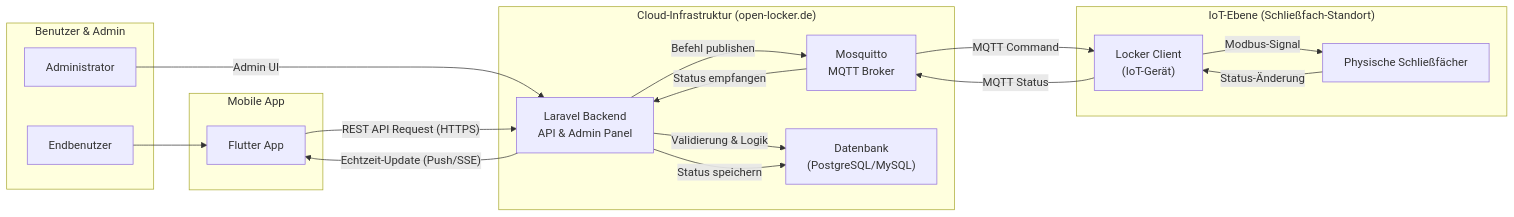
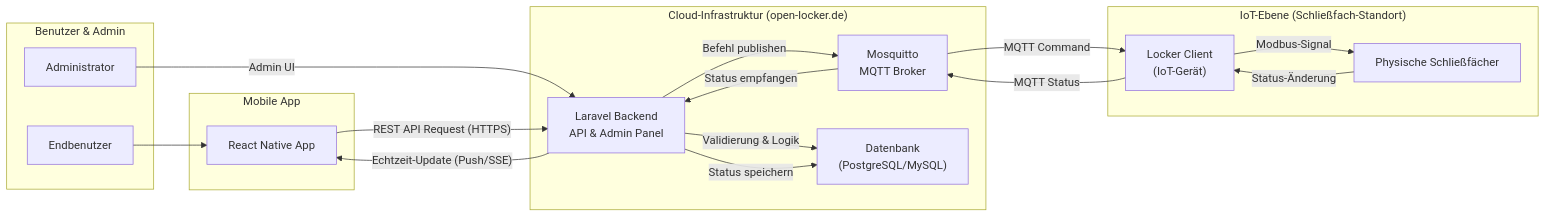
The diagram in docs/mqtt_architecture.md (Open-Locker/Open-Locker), drawn with Mermaid before and after one commit. The commit also changed 8 other files, not shown here.

````diff
--- a/docs/mqtt_architecture.md
+++ b/docs/mqtt_architecture.md
@@ -5,40 +5,40 @@
 ```mermaid
 graph LR
     subgraph "Benutzer & Admin"
         User["Endbenutzer"]
         Admin["Administrator"]
     end
 
     subgraph "Mobile App"
-        MobileApp["Flutter App"]
+        MobileApp["React Native App"]
     end
 
     subgraph "Cloud-Infrastruktur (open-locker.de)"
         LaravelBackend["Laravel Backend<br/>API & Admin Panel"]
         Mosquitto["Mosquitto<br/>MQTT Broker"]
         Database["Datenbank<br/>(PostgreSQL/MySQL)"]
     end
 
     subgraph "IoT-Ebene (Schließfach-Standort)"
         LockerClient["Locker Client<br/>(IoT-Gerät)"]
         PhysicalLockers["Physische Schließfächer"]
     end
 
     %% User Flows
     User --> MobileApp
     Admin -- "Admin UI" --> LaravelBackend
 
     %% API Flow (Command)
     MobileApp -- "REST API Request (HTTPS)" --> LaravelBackend
     LaravelBackend -- "Validierung & Logik" --> Database
     LaravelBackend -- "Befehl publishen" --> Mosquitto
     Mosquitto -- "MQTT Command" --> LockerClient
     LockerClient -- "Modbus-Signal" --> PhysicalLockers
 
     %% Status Flow (Feedback)
     PhysicalLockers -- "Status-Änderung" --> LockerClient
     LockerClient -- "MQTT Status" --> Mosquitto
     Mosquitto -- "Status empfangen" --> LaravelBackend
     LaravelBackend -- "Status speichern" --> Database
     LaravelBackend -- "Echtzeit-Update (Push/SSE)" --> MobileApp
 ```
````
